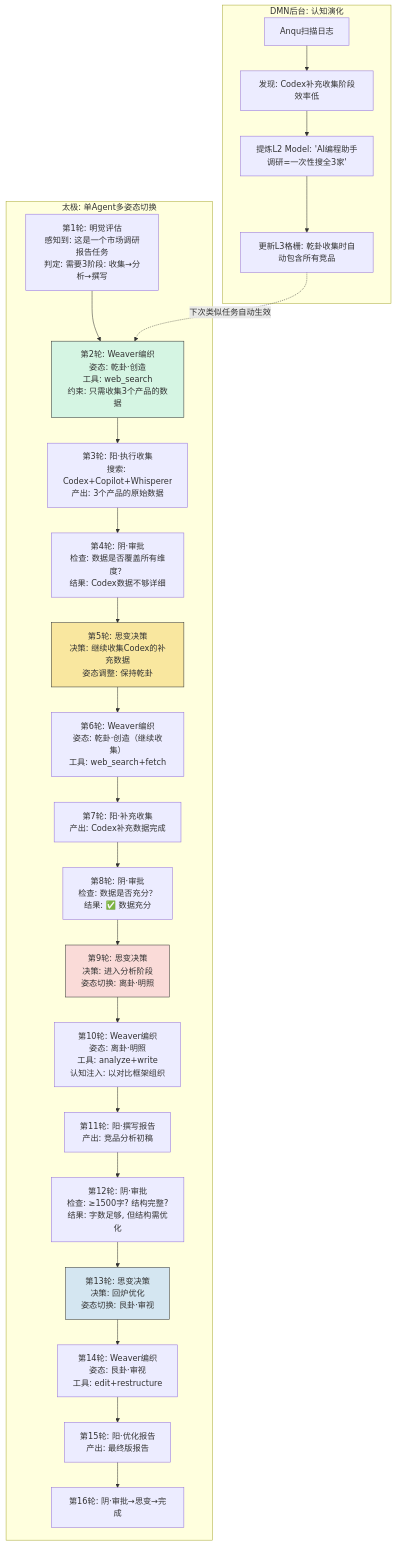
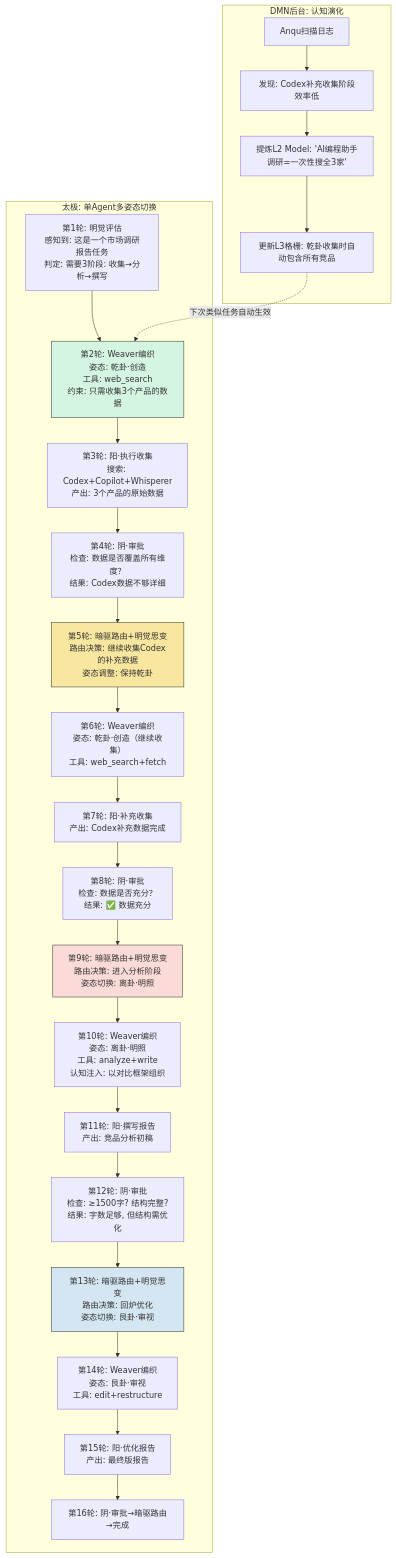
One commit to wenge6090-cell/Taiji changed the third of 4 diagrams in docs/对比篇-09-太极-vs-CrewAI.md. Above: the diagram before and after it, drawn with Mermaid. The commit also changed other lines of this file and 163 other files, not shown here.

````diff
--- a/docs/对比篇-09-太极-vs-CrewAI.md
+++ b/docs/对比篇-09-太极-vs-CrewAI.md
@@ -256,39 +256,39 @@
 ```mermaid
 graph TD
     subgraph "太极: 单Agent多姿态切换"
         T1["第1轮: 明觉评估<br/>感知到: 这是一个市场调研报告任务<br/>判定: 需要3阶段: 收集→分析→撰写"] --> T2["第2轮: Weaver编织<br/>姿态: 乾卦·创造<br/>工具: web_search<br/>约束: 只需收集3个产品的数据"]
         
         T2 --> T3["第3轮: 阳·执行收集<br/>搜索: Codex+Copilot+Whisperer<br/>产出: 3个产品的原始数据"]
         T3 --> T4["第4轮: 阴·审批<br/>检查: 数据是否覆盖所有维度？<br/>结果: Codex数据不够详细"]
         
-        T4 --> T5["第5轮: 思变决策<br/>决策: 继续收集Codex的补充数据<br/>姿态调整: 保持乾卦"]
+        T4 --> T5["第5轮: 暗驱路由+明觉思变<br/>路由决策: 继续收集Codex的补充数据<br/>姿态调整: 保持乾卦"]
         T5 --> T6["第6轮: Weaver编织<br/>姿态: 乾卦·创造（继续收集）<br/>工具: web_search+fetch"]
         
         T6 --> T7["第7轮: 阳·补充收集<br/>产出: Codex补充数据完成"]
         T7 --> T8["第8轮: 阴·审批<br/>检查: 数据是否充分？<br/>结果: ✅ 数据充分"]
         
-        T8 --> T9["第9轮: 思变决策<br/>决策: 进入分析阶段<br/>姿态切换: 离卦·明照"]
+        T8 --> T9["第9轮: 暗驱路由+明觉思变<br/>路由决策: 进入分析阶段<br/>姿态切换: 离卦·明照"]
         T9 --> T10["第10轮: Weaver编织<br/>姿态: 离卦·明照<br/>工具: analyze+write<br/>认知注入: 以对比框架组织"]
         
         T10 --> T11["第11轮: 阳·撰写报告<br/>产出: 竞品分析初稿"]
         T11 --> T12["第12轮: 阴·审批<br/>检查: ≥1500字? 结构完整?<br/>结果: 字数足够, 但结构需优化"]
         
-        T12 --> T13["第13轮: 思变决策<br/>决策: 回炉优化<br/>姿态切换: 艮卦·审视"]
+        T12 --> T13["第13轮: 暗驱路由+明觉思变<br/>路由决策: 回炉优化<br/>姿态切换: 艮卦·审视"]
         T13 --> T14["第14轮: Weaver编织<br/>姿态: 艮卦·审视<br/>工具: edit+restructure"]
         
         T14 --> T15["第15轮: 阳·优化报告<br/>产出: 最终版报告"]
-        T15 --> T16["第16轮: 阴·审批→思变→完成"]
+        T15 --> T16["第16轮: 阴·审批→暗驱路由→完成"]
     end
     
     subgraph "DMN后台: 认知演化"
         D1[Anqu扫描日志] --> D2[发现: Codex补充收集阶段效率低]
         D2 --> D3[提炼L2 Model: 'AI编程助手调研=一次性搜全3家']
         D3 --> D4[更新L3格栅: 乾卦收集时自动包含所有竞品]
         D4 -.->|下次类似任务自动生效| T2
     end
     
     style T2 fill:#d5f5e3,stroke:#333
     style T5 fill:#f9e79f,stroke:#333
     style T9 fill:#fadbd8,stroke:#333
     style T13 fill:#d4e6f1,stroke:#333
 ```
````
